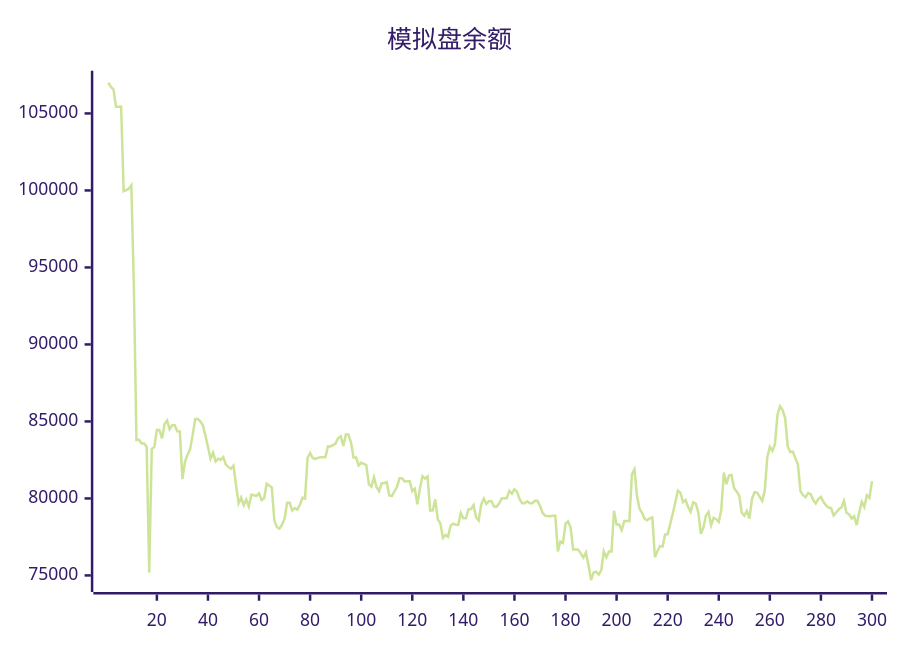
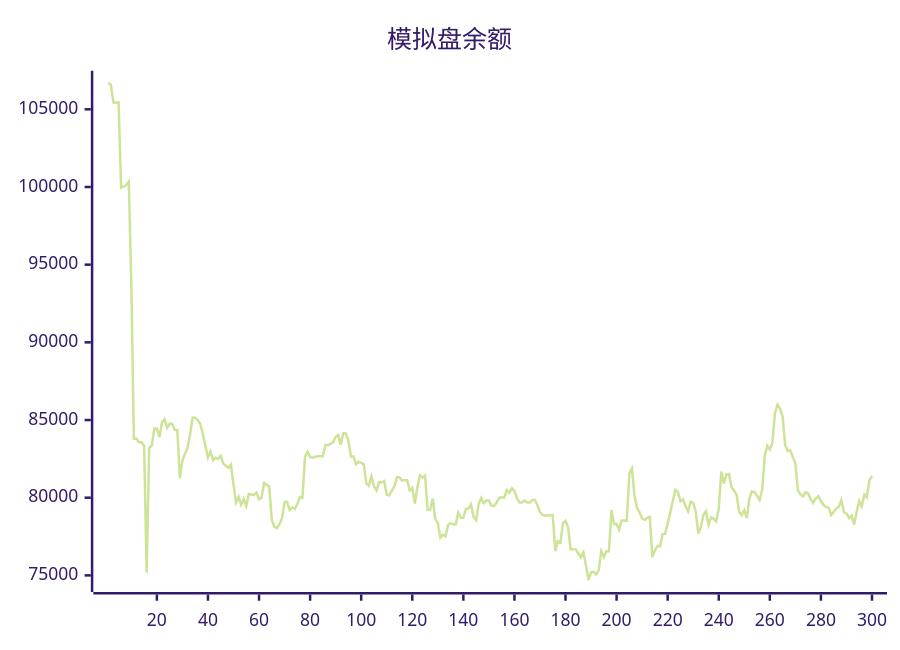
The diagram in README.md (aahl/ai-trading), drawn with Mermaid (forest theme) before and after one commit. The commit also changed other lines of this file and 1 other file, not shown here.

````diff
--- a/README.md
+++ b/README.md
@@ -5,5 +5,5 @@
 ```mermaid
 xychart
     title "模拟盘余额"
-    line [107001,106717,106567,105431,105431,105440,99950,100017,100113,100337,93749,83795,83807,83567,83567,83342,75168,83222,83336,84448,84449,83896,84839,85065,84499,84757,84757,84364,84347,81254,82385,82835,83184,84099,85150,85150,85002,84751,84096,83356,82582,82983,82404,82572,82512,82688,82200,82047,81920,82125,80840,79688,80060,79552,79920,79470,80236,80208,80170,80336,79894,80006,80954,80837,80712,78561,78139,78037,78293,78682,79720,79720,79214,79372,79279,79591,80046,79993,82625,82950,82626,82571,82633,82670,82670,82681,83386,83378,83464,83579,83920,84037,83402,84160,84142,83652,82655,82655,82145,82315,82243,82163,80934,80770,81371,80742,80468,80989,80989,81067,80191,80155,80450,80737,81309,81309,81106,81119,81119,80471,80631,79624,80670,81448,81290,81429,79212,79222,79940,78643,78380,77432,77623,77504,78235,78358,78284,78277,79048,78714,78714,79290,79308,79567,78763,78563,79603,79988,79652,79813,79813,79476,79469,79673,79995,80015,80015,80486,80314,80600,80436,79966,79689,79689,79819,79692,79692,79850,79850,79518,79071,78889,78850,78850,78878,78878,76554,77202,77103,78357,78510,78106,76678,76677,76672,76411,76159,76485,75656,74695,75197,75246,75052,75334,76564,76179,76553,76551,79196,78300,78300,77944,78531,78531,78521,81564,81884,80160,79335,79055,78675,78580,78708,78764,76179,76586,76902,76876,77658,77669,78346,79023,79769,80497,80366,79761,79896,79448,79126,79749,79658,79097,77695,78114,78888,79126,78249,78738,78653,78478,79271,81680,80923,81488,81527,80681,80455,80190,79084,78879,79193,78686,79954,80403,80374,80118,79848,80491,82665,83351,83098,83525,85430,85983,85737,85221,83378,83014,83043,82613,82216,80477,80208,80081,80348,80277,79894,79670,79965,80093,79786,79542,79406,79371,78893,79087,79304,79406,79841,79072,78978,78696,78846,78272,79085,79787,79442,80198,80031,81120]
+    line [106717,106567,105431,105431,105440,99950,100017,100113,100337,93749,83795,83807,83567,83567,83342,75168,83222,83336,84448,84449,83896,84839,85065,84499,84757,84757,84364,84347,81254,82385,82835,83184,84099,85150,85150,85002,84751,84096,83356,82582,82983,82404,82572,82512,82688,82200,82047,81920,82125,80840,79688,80060,79552,79920,79470,80236,80208,80170,80336,79894,80006,80954,80837,80712,78561,78139,78037,78293,78682,79720,79720,79214,79372,79279,79591,80046,79993,82625,82950,82626,82571,82633,82670,82670,82681,83386,83378,83464,83579,83920,84037,83402,84160,84142,83652,82655,82655,82145,82315,82243,82163,80934,80770,81371,80742,80468,80989,80989,81067,80191,80155,80450,80737,81309,81309,81106,81119,81119,80471,80631,79624,80670,81448,81290,81429,79212,79222,79940,78643,78380,77432,77623,77504,78235,78358,78284,78277,79048,78714,78714,79290,79308,79567,78763,78563,79603,79988,79652,79813,79813,79476,79469,79673,79995,80015,80015,80486,80314,80600,80436,79966,79689,79689,79819,79692,79692,79850,79850,79518,79071,78889,78850,78850,78878,78878,76554,77202,77103,78357,78510,78106,76678,76677,76672,76411,76159,76485,75656,74695,75197,75246,75052,75334,76564,76179,76553,76551,79196,78300,78300,77944,78531,78531,78521,81564,81884,80160,79335,79055,78675,78580,78708,78764,76179,76586,76902,76876,77658,77669,78346,79023,79769,80497,80366,79761,79896,79448,79126,79749,79658,79097,77695,78114,78888,79126,78249,78738,78653,78478,79271,81680,80923,81488,81527,80681,80455,80190,79084,78879,79193,78686,79954,80403,80374,80118,79848,80491,82665,83351,83098,83525,85430,85983,85737,85221,83378,83014,83043,82613,82216,80477,80208,80081,80348,80277,79894,79670,79965,80093,79786,79542,79406,79371,78893,79087,79304,79406,79841,79072,78978,78696,78846,78272,79085,79787,79442,80198,80031,81120,81379]
 ```
````
